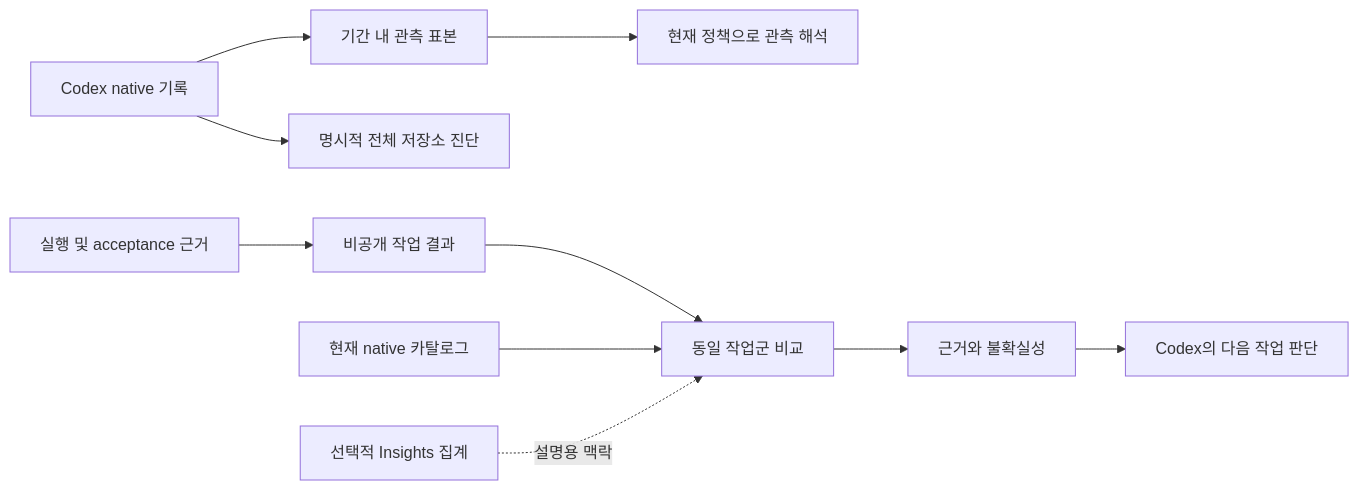
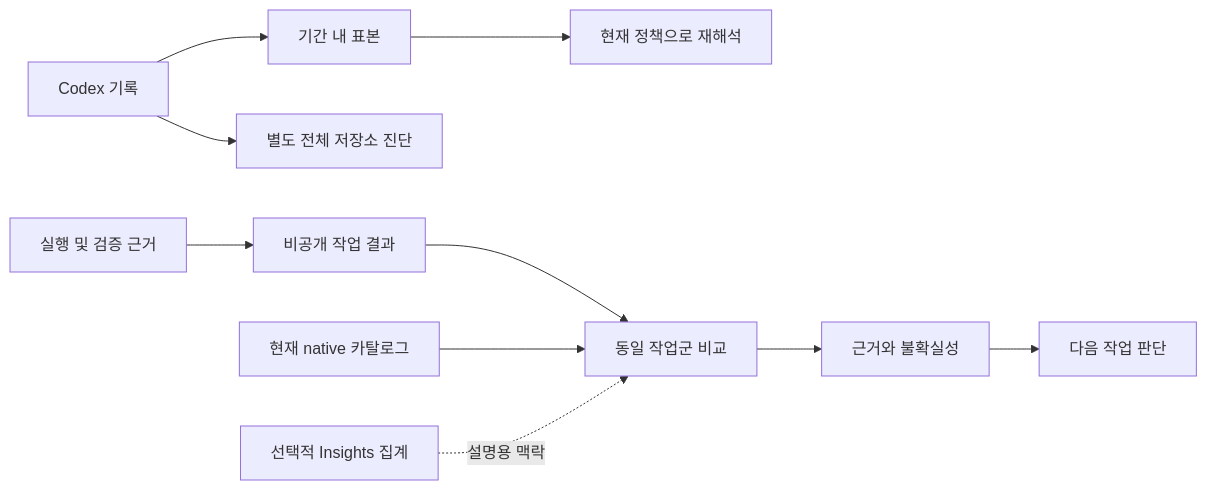
One commit to jukqaz/groundline changed the diagram in docs/architecture.md. Above: the diagram before and after it, drawn with Mermaid. The commit also changed other lines of this file and 38 other files, not shown here.

````diff
--- a/docs/architecture.md
+++ b/docs/architecture.md
@@ -5,12 +6,12 @@
 ```mermaid
 flowchart LR
-  Native[Codex native 기록] --> Window[기간 내 관측 표본]
-  Native --> Store[명시적 전체 저장소 진단]
-  Window --> Review[현재 정책으로 관측 해석]
-  Evidence[실행 및 acceptance 근거] --> Receipt[비공개 작업 결과]
+  Native[Codex 기록] --> Window[기간 내 표본]
+  Native --> Store[별도 전체 저장소 진단]
+  Window --> Review[현재 정책으로 재해석]
+  Evidence[실행 및 검증 근거] --> Receipt[비공개 작업 결과]
   Receipt --> Compare[동일 작업군 비교]
   Catalog[현재 native 카탈로그] --> Compare
   Insights[선택적 Insights 집계] -. 설명용 맥락 .-> Compare
   Compare --> Decision[근거와 불확실성]
-  Decision --> Codex[Codex의 다음 작업 판단]
+  Decision --> Codex[다음 작업 판단]
 ```
````
